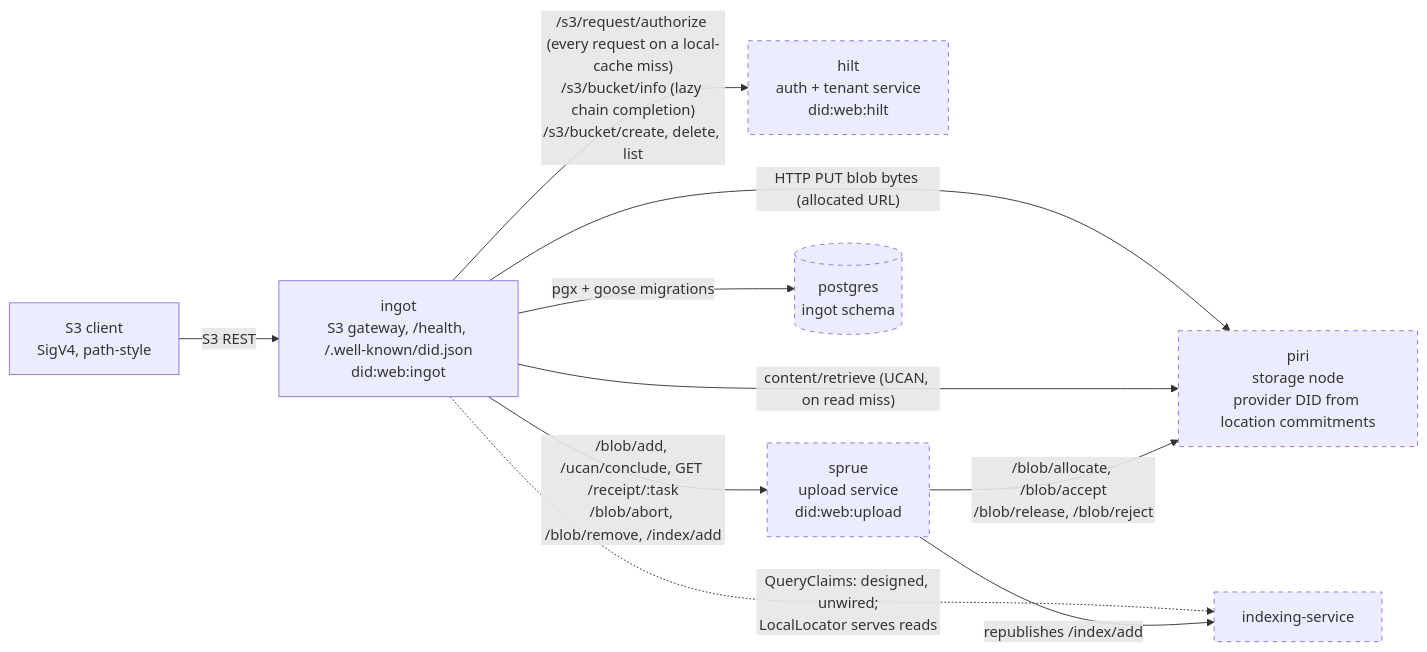
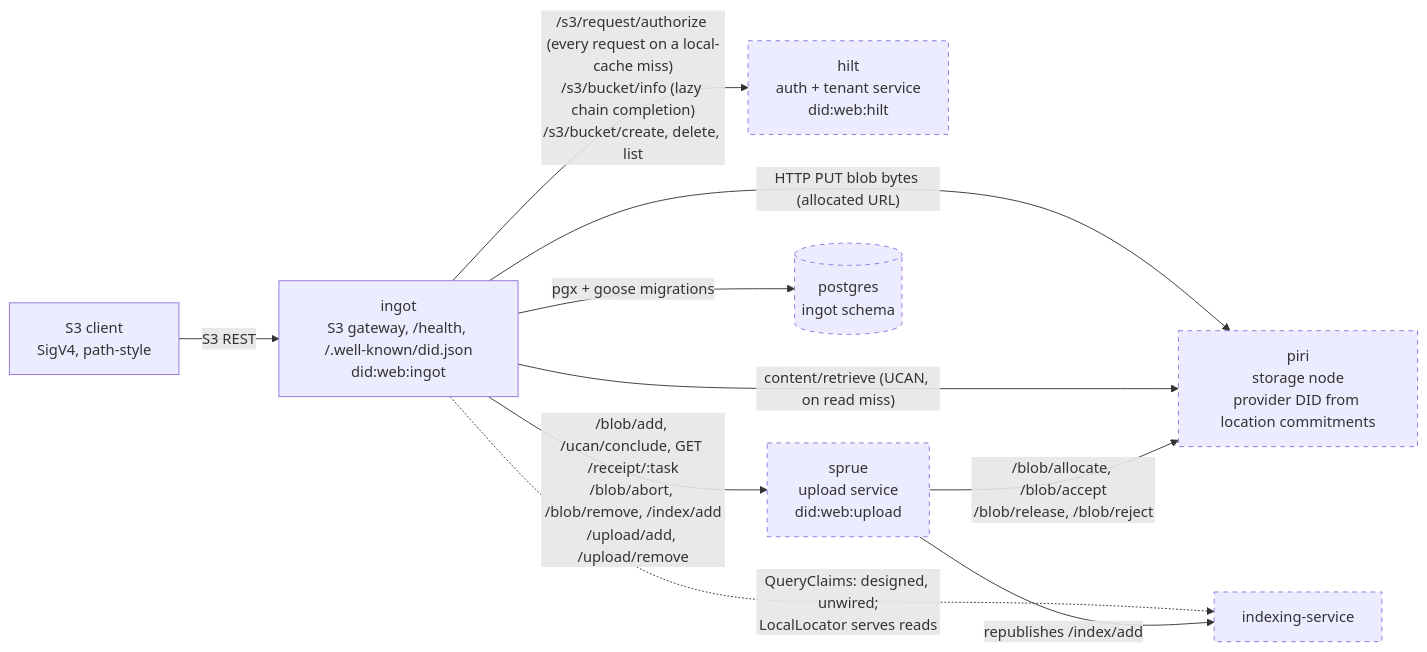
One commit to fil-forge/ingot changed the first of 14 diagrams in docs/diagrams.md. Above: the diagram before and after it, drawn with Mermaid. The commit also changed other lines of this file and 15 other files, not shown here.

````diff
--- a/docs/diagrams.md
+++ b/docs/diagrams.md
@@ -45,23 +45,23 @@
 ```mermaid
 flowchart LR
     client["S3 client<br/>SigV4, path-style"]
     ingot["ingot<br/>S3 gateway, /health, /.well-known/did.json<br/>did:web:ingot"]
     hilt["hilt<br/>auth + tenant service<br/>did:web:hilt"]
     sprue["sprue<br/>upload service<br/>did:web:upload"]
     piri["piri<br/>storage node<br/>provider DID from location commitments"]
     pg[("postgres<br/>ingot schema")]
     idx["indexing-service"]
 
     client -->|"S3 REST"| ingot
     ingot -->|"/s3/request/authorize (every request on a local-cache miss)<br/>/s3/bucket/info (lazy chain completion)<br/>/s3/bucket/create, delete, list"| hilt
-    ingot -->|"/blob/add, /ucan/conclude, GET /receipt/:task<br/>/blob/abort, /blob/remove, /index/add"| sprue
+    ingot -->|"/blob/add, /ucan/conclude, GET /receipt/:task<br/>/blob/abort, /blob/remove, /index/add<br/>/upload/add, /upload/remove"| sprue
     ingot -->|"HTTP PUT blob bytes (allocated URL)"| piri
     ingot -->|"content/retrieve (UCAN, on read miss)"| piri
     ingot -->|"pgx + goose migrations"| pg
     ingot -.->|"QueryClaims: designed, unwired;<br/>LocalLocator serves reads"| idx
     sprue -->|"/blob/allocate, /blob/accept<br/>/blob/release, /blob/reject"| piri
     sprue -->|"republishes /index/add"| idx
 
     classDef external stroke-dasharray: 5 5
     class hilt,sprue,piri,pg,idx external
 ```
````
